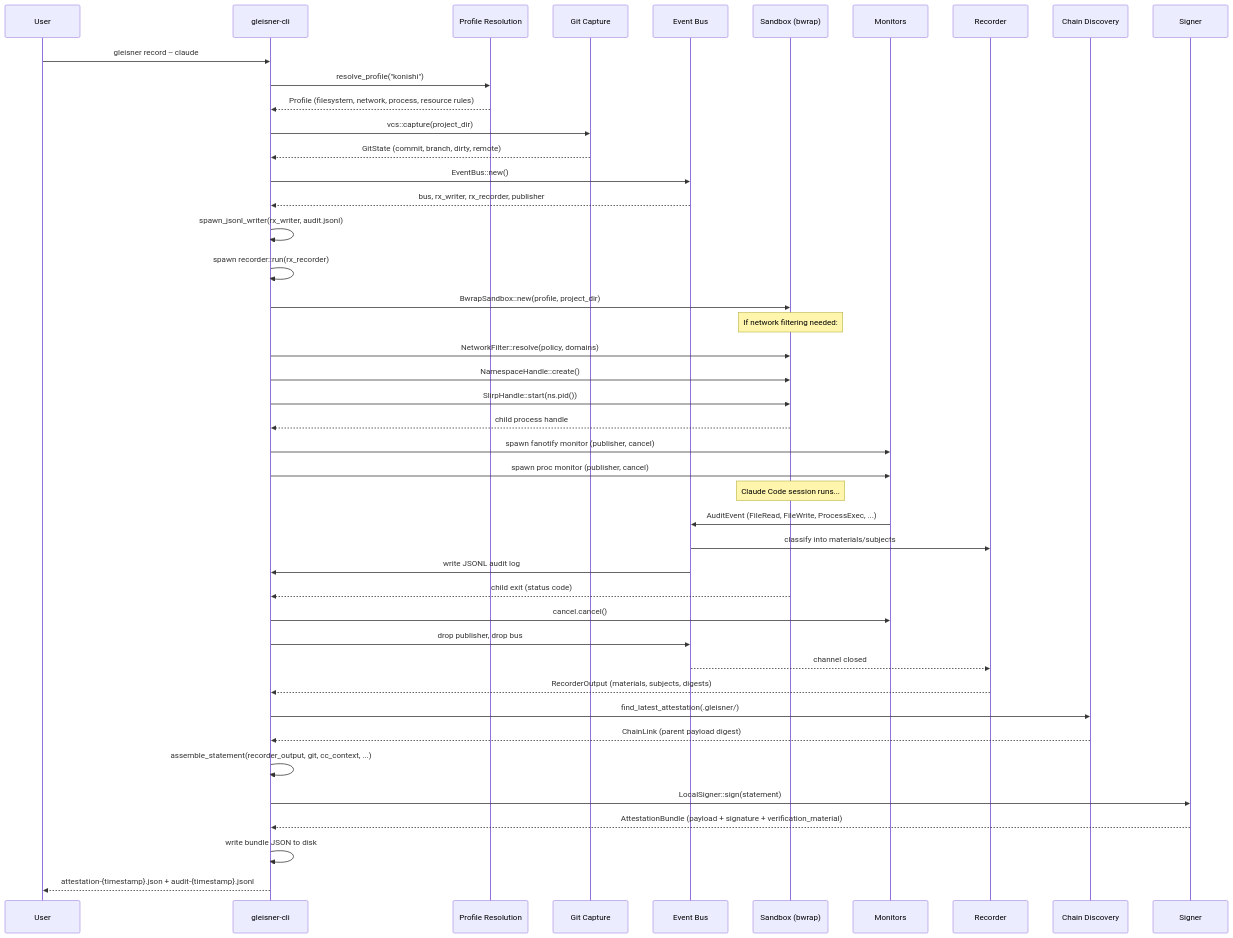
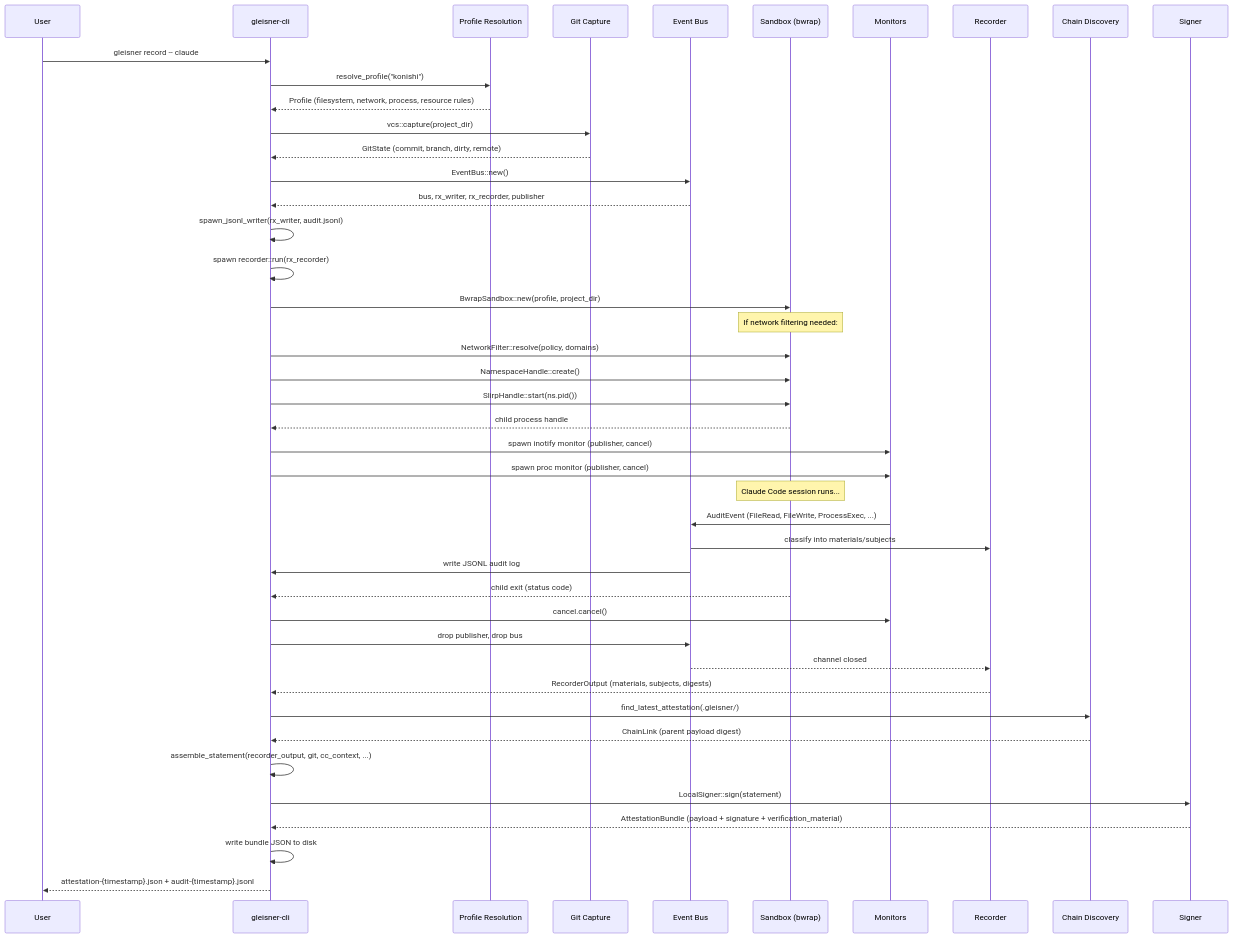
The second of 6 diagrams in docs/ARCHITECTURE.md (lexicone42/gleisner), drawn with Mermaid before and after one commit. The commit also changed other lines of this file and 14 other files, not shown here.

First line of the commit message:
Replace fanotify with inotify + snapshot reconciliation

````diff
--- a/docs/ARCHITECTURE.md
+++ b/docs/ARCHITECTURE.md
@@ -102,57 +102,57 @@
 ```mermaid
 sequenceDiagram
     participant User
     participant CLI as gleisner-cli
     participant Profile as Profile Resolution
     participant Git as Git Capture
     participant Bus as Event Bus
     participant Sandbox as Sandbox (bwrap)
     participant Monitor as Monitors
     participant Recorder as Recorder
     participant Chain as Chain Discovery
     participant Signer as Signer
 
     User->>CLI: gleisner record -- claude
     CLI->>Profile: resolve_profile("konishi")
     Profile-->>CLI: Profile (filesystem, network, process, resource rules)
 
     CLI->>Git: vcs::capture(project_dir)
     Git-->>CLI: GitState (commit, branch, dirty, remote)
 
     CLI->>Bus: EventBus::new()
     Bus-->>CLI: bus, rx_writer, rx_recorder, publisher
 
     CLI->>CLI: spawn_jsonl_writer(rx_writer, audit.jsonl)
     CLI->>CLI: spawn recorder::run(rx_recorder)
 
     CLI->>Sandbox: BwrapSandbox::new(profile, project_dir)
     Note over Sandbox: If network filtering needed:
     CLI->>Sandbox: NetworkFilter::resolve(policy, domains)
     CLI->>Sandbox: NamespaceHandle::create()
     CLI->>Sandbox: SlirpHandle::start(ns.pid())
     Sandbox-->>CLI: child process handle
 
-    CLI->>Monitor: spawn fanotify monitor (publisher, cancel)
+    CLI->>Monitor: spawn inotify monitor (publisher, cancel)
     CLI->>Monitor: spawn proc monitor (publisher, cancel)
 
     Note over Sandbox: Claude Code session runs...
     Monitor->>Bus: AuditEvent (FileRead, FileWrite, ProcessExec, ...)
     Bus->>Recorder: classify into materials/subjects
     Bus->>CLI: write JSONL audit log
 
     Sandbox-->>CLI: child exit (status code)
 
     CLI->>Monitor: cancel.cancel()
     CLI->>Bus: drop publisher, drop bus
     Bus-->>Recorder: channel closed
     Recorder-->>CLI: RecorderOutput (materials, subjects, digests)
 
     CLI->>Chain: find_latest_attestation(.gleisner/)
     Chain-->>CLI: ChainLink (parent payload digest)
 
     CLI->>CLI: assemble_statement(recorder_output, git, cc_context, ...)
     CLI->>Signer: LocalSigner::sign(statement)
     Signer-->>CLI: AttestationBundle (payload + signature + verification_material)
     CLI->>CLI: write bundle JSON to disk
     CLI-->>User: attestation-{timestamp}.json + audit-{timestamp}.jsonl
 ```
````
